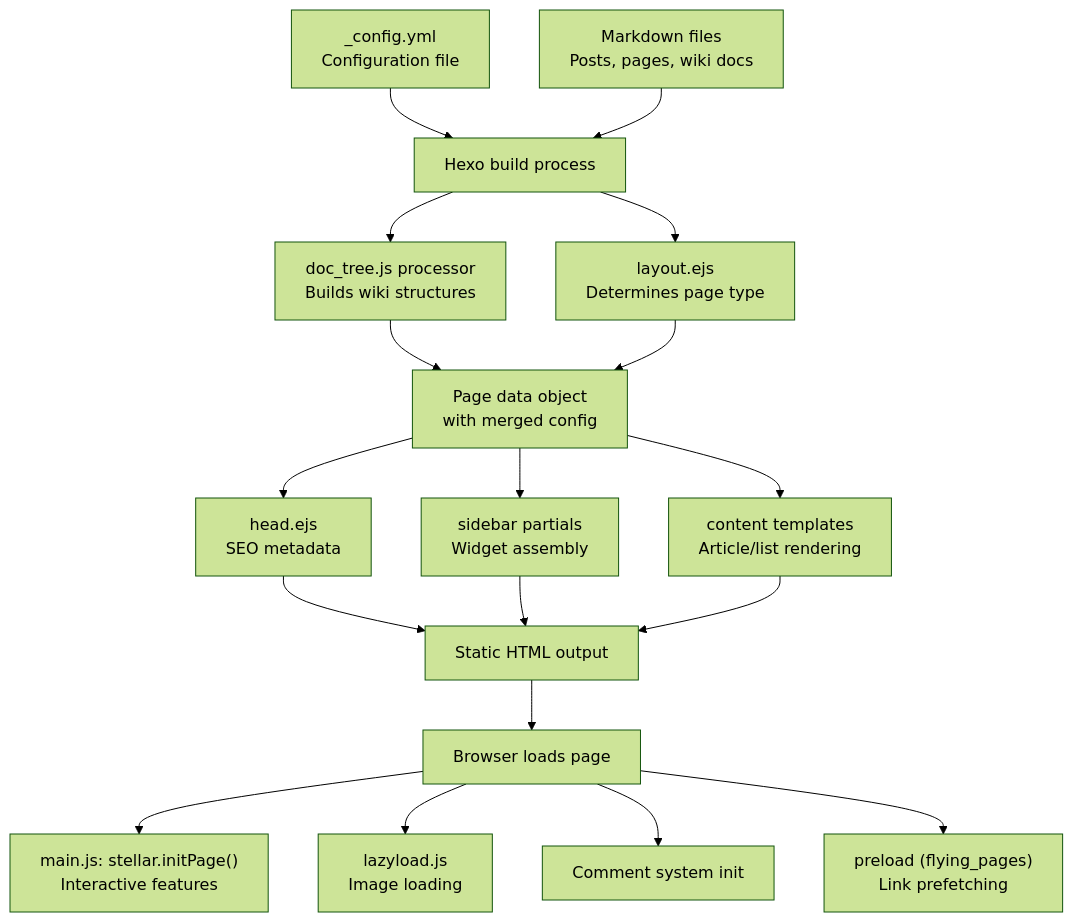
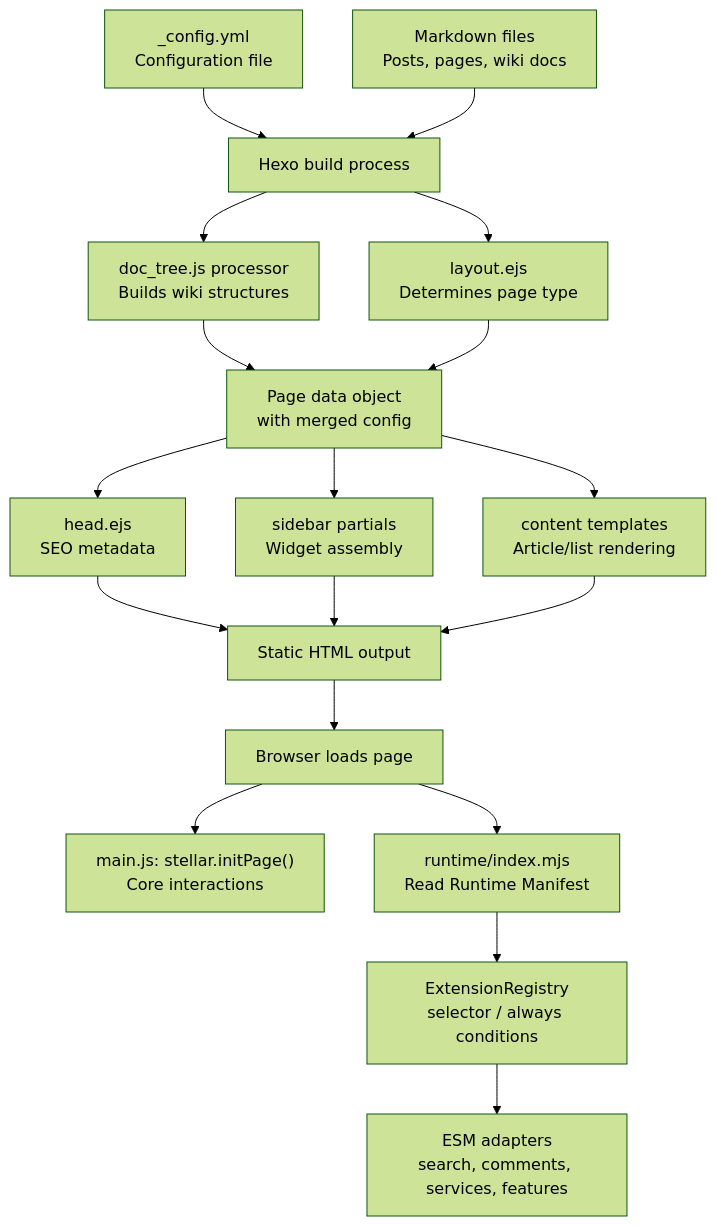
One commit to xaoxuu/hexo-theme-stellar changed the fifth of 5 diagrams in docs/knowledge/00-总览与安装配置/overview.md. Above: the diagram before and after it, drawn with Mermaid (forest theme). The commit also changed other lines of this file and 72 other files, not shown here.

````diff
--- a/docs/knowledge/00-总览与安装配置/overview.md
+++ b/docs/knowledge/00-总览与安装配置/overview.md
@@ -289,29 +291,29 @@
 ```mermaid
 flowchart TD
     CONFIG["_config.yml<br/>Configuration file"]
     MARKDOWN["Markdown files<br/>Posts, pages, wiki docs"]
     
     CONFIG --> HEXO["Hexo build process"]
     MARKDOWN --> HEXO
     
     HEXO --> DOCTREE["doc_tree.js processor<br/>Builds wiki structures"]
     HEXO --> LAYOUTEJS["layout.ejs<br/>Determines page type"]
     
     DOCTREE --> PAGEDATA["Page data object<br/>with merged config"]
     LAYOUTEJS --> PAGEDATA
     
     PAGEDATA --> HEADEJS["head.ejs<br/>SEO metadata"]
     PAGEDATA --> SIDEBAREJS["sidebar partials<br/>Widget assembly"]
     PAGEDATA --> CONTENTEJS["content templates<br/>Article/list rendering"]
     
     HEADEJS --> STATICHTML["Static HTML output"]
     SIDEBAREJS --> STATICHTML
     CONTENTEJS --> STATICHTML
     
     STATICHTML --> BROWSER["Browser loads page"]
     
-    BROWSER --> MAINJS["main.js: stellar.initPage()<br/>Interactive features"]
-    BROWSER --> LAZYLOAD["lazyload.js<br/>Image loading"]
-    BROWSER --> COMMENTS["Comment system init"]
-    BROWSER --> PRELOAD["preload (flying_pages)<br/>Link prefetching"]
+    BROWSER --> MAINJS["main.js: stellar.initPage()<br/>Core interactions"]
+    BROWSER --> RUNTIME["runtime/index.mjs<br/>Read Runtime Manifest"]
+    RUNTIME --> REGISTRY["ExtensionRegistry<br/>selector / always conditions"]
+    REGISTRY --> ADAPTERS["ESM adapters<br/>search, comments, services, features"]
 ```
````
